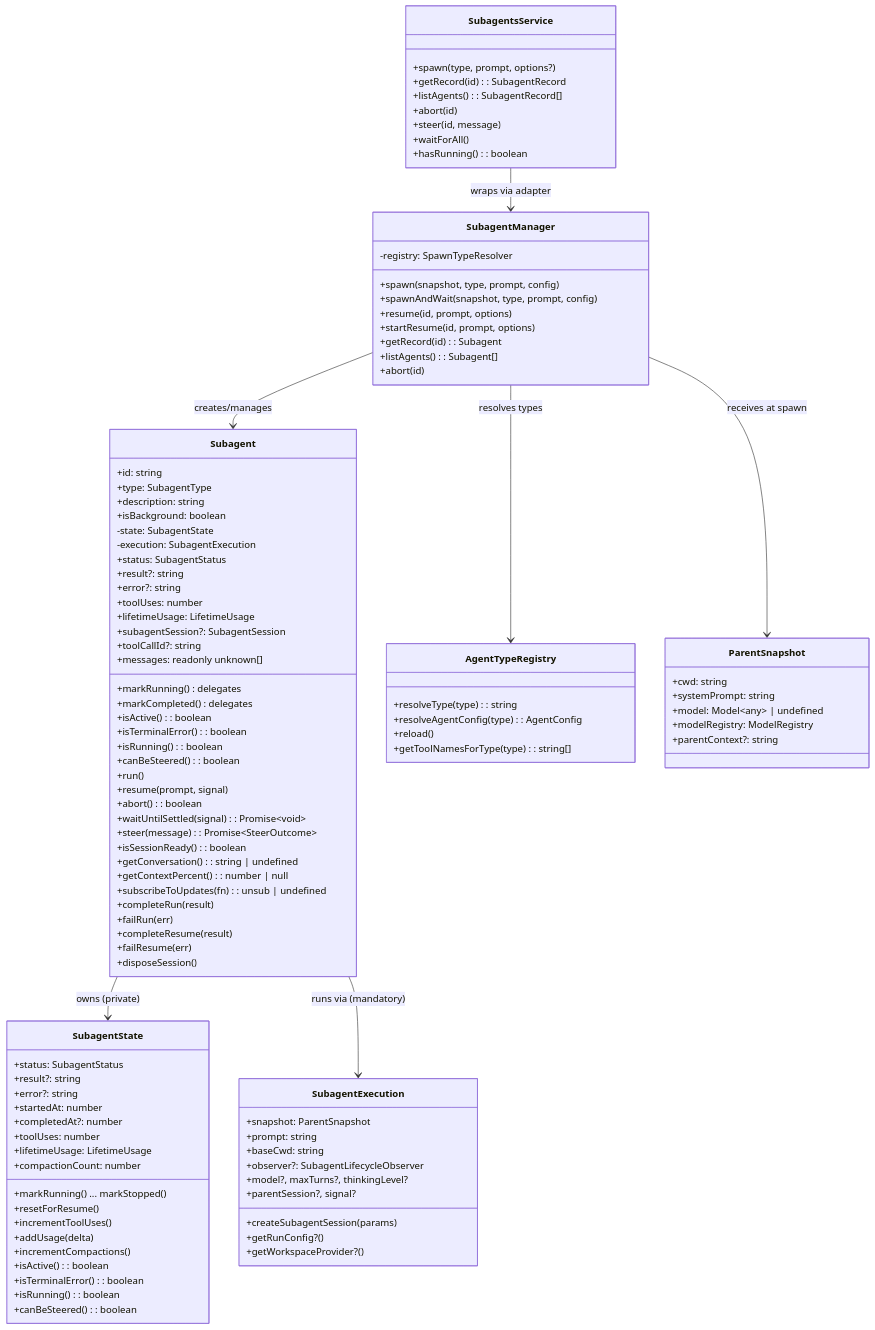
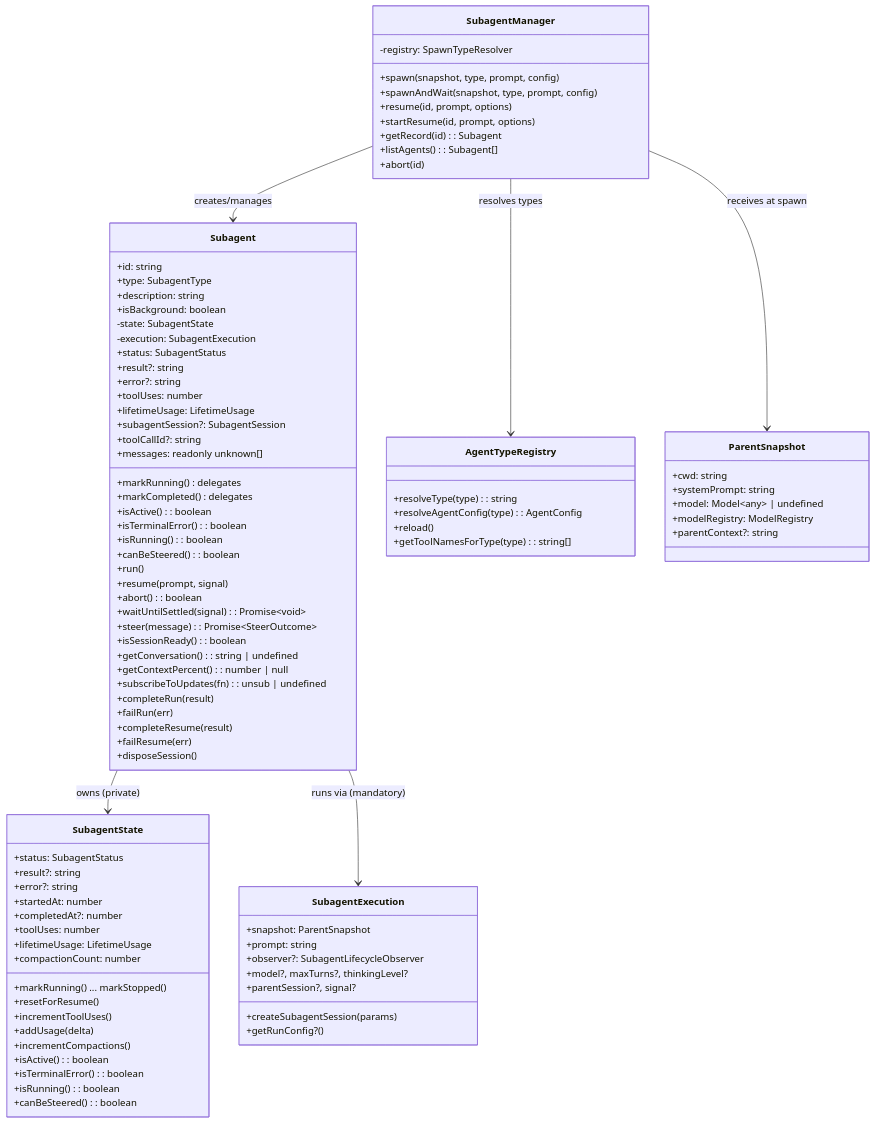
The second of 4 diagrams in extensions/pi-subagent/docs/architecture/architecture.md (zacheryph/pi), drawn with Mermaid before and after one commit. The commit also changed other lines of this file and 53 other files, not shown here.

First line of the commit message:
refactor(pi-subagent): remove the typed service API and workspace-provider seam

````diff
--- a/extensions/pi-subagent/docs/architecture/architecture.md
+++ b/extensions/pi-subagent/docs/architecture/architecture.md
@@ -201,10 +199,8 @@
         +createSubagentSession(params)
         +snapshot: ParentSnapshot
         +prompt: string
-        +baseCwd: string
         +observer?: SubagentLifecycleObserver
         +getRunConfig?()
-        +getWorkspaceProvider?()
         +model?, maxTurns?, thinkingLevel?
         +parentSession?, signal?
     }
@@ -235,20 +231,9 @@
         +parentContext?: string
     }
 
-    class SubagentsService {
-        +spawn(type, prompt, options?)
-        +getRecord(id): SubagentRecord
-        +listAgents(): SubagentRecord[]
-        +abort(id)
-        +steer(id, message)
-        +waitForAll()
-        +hasRunning(): boolean
-    }
-
     SubagentManager --> Subagent : creates/manages
     Subagent --> SubagentState : owns (private)
     Subagent --> SubagentExecution : runs via (mandatory)
     SubagentManager --> ParentSnapshot : receives at spawn
-    SubagentsService --> SubagentManager : wraps via adapter
     SubagentManager --> AgentTypeRegistry : resolves types
 ```
````
